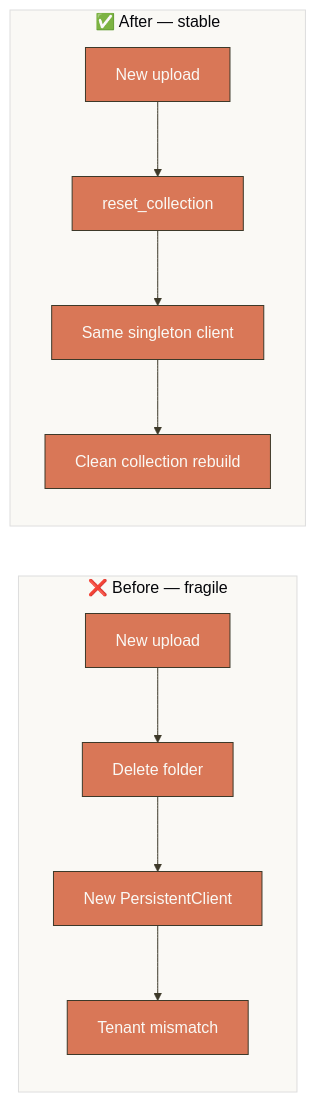
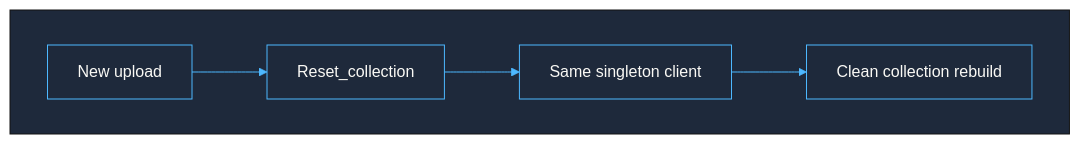
Before and after one commit to Invicta0305/Financial--QA: the fifth of 5 diagrams in README.md, drawn with Mermaid. The commit also changed other lines of this file, not shown here.

````diff
--- a/README.md
+++ b/README.md
@@ -537,22 +519,16 @@
 ```mermaid
 %%{init: {'theme':'base', 'themeVariables': {
-  'primaryColor': '#D97757',
+  'primaryColor': '#1E293B',
   'primaryTextColor': '#FAF9F5',
-  'primaryBorderColor': '#3D3929',
-  'lineColor': '#3D3929',
-  'secondaryColor': '#F0EEE6',
-  'tertiaryColor': '#FAF9F5'
+  'primaryBorderColor': '#4DB8FF',
+  'lineColor': '#4DB8FF',
+  'secondaryColor': '#0F172A',
+  'tertiaryColor': '#1E293B'
 }}}%%
-flowchart LR
-    subgraph Before["❌ Before — fragile"]
-        A1[New upload] --> A2[Delete folder]
-        A2 --> A3[New PersistentClient]
-        A3 --> A4[Tenant mismatch]
-    end
-
-    subgraph After["✅ After — stable"]
-        B1[New upload] --> B2[reset_collection]
+flowchart TB
+    subgraph After[" "]
+        B1[New upload] --> B2[Reset_collection]
         B2 --> B3[Same singleton client]
         B3 --> B4[Clean collection rebuild]
     end
 ```
````
